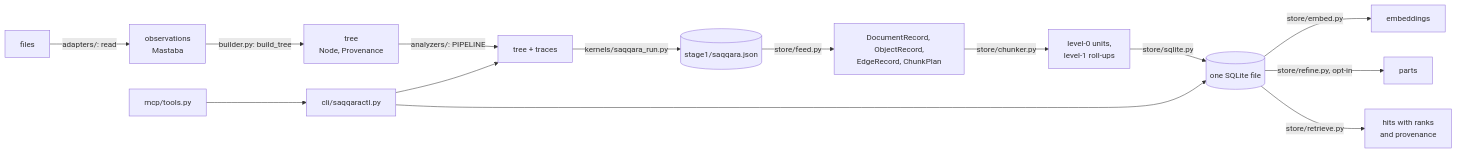
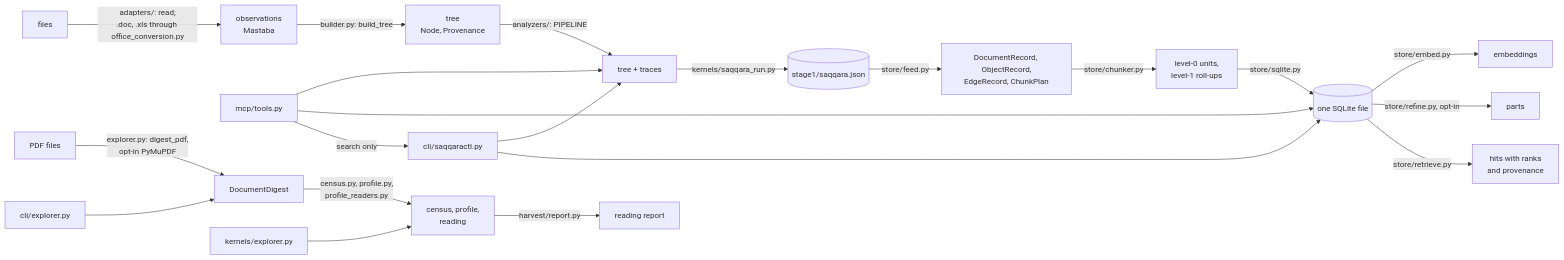
The diagram in docs/KOAS_SAQQARA_DEV.md (ovitrac/RAGIX), drawn with Mermaid before and after one commit. The commit also changed other lines of this file and 4 other files, not shown here.

````diff
--- a/docs/KOAS_SAQQARA_DEV.md
+++ b/docs/KOAS_SAQQARA_DEV.md
@@ -32,16 +34,23 @@
 ```mermaid
 flowchart LR
-    F[files] -->|adapters/: read| O[observations<br/>Mastaba]
+    F[files] -->|adapters/: read;<br/>.doc, .xls through office_conversion.py| O[observations<br/>Mastaba]
     O -->|builder.py: build_tree| T[tree<br/>Node, Provenance]
     T -->|analyzers/: PIPELINE| TA[tree + traces]
     TA -->|kernels/saqqara_run.py| S1[(stage1/saqqara.json)]
     S1 -->|store/feed.py| R[DocumentRecord, ObjectRecord,<br/>EdgeRecord, ChunkPlan]
     R -->|store/chunker.py| C[level-0 units,<br/>level-1 roll-ups]
     C -->|store/sqlite.py| DB[(one SQLite file)]
     DB -->|store/embed.py| E[embeddings]
     DB -->|store/refine.py, opt-in| P[parts]
     DB -->|store/retrieve.py| H[hits with ranks<br/>and provenance]
     CLI[cli/saqqaractl.py] --> TA
     CLI --> DB
-    MCP[mcp/tools.py] --> CLI
+    MCP[mcp/tools.py] --> TA
+    MCP --> DB
+    MCP -->|search only| CLI
+    PDF[PDF files] -->|explorer.py: digest_pdf,<br/>opt-in PyMuPDF| D[DocumentDigest]
+    D -->|census.py, profile.py,<br/>profile_readers.py| RD[census, profile,<br/>reading]
+    RD -->|harvest/report.py| REP[reading report]
+    XK[kernels/explorer.py] --> RD
+    XCLI[cli/explorer.py] --> D
 ```
````
